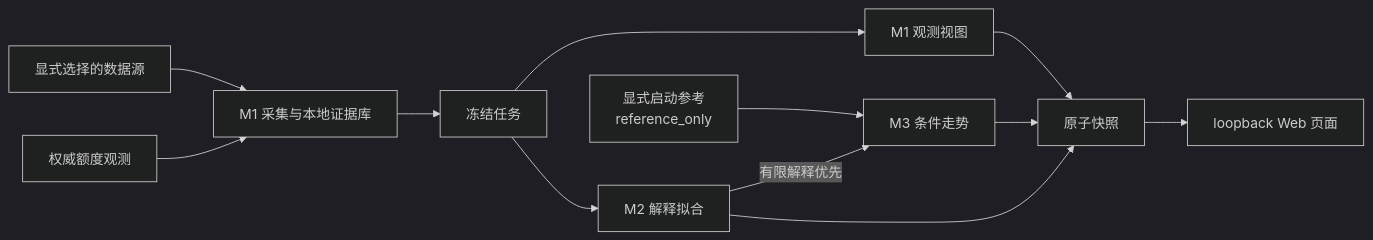
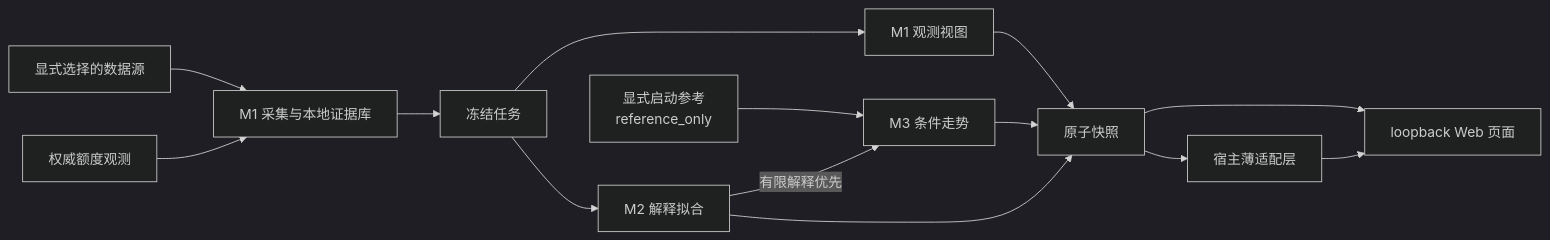
Before and after one commit to zaidezh/codex-quota-dashboard: the diagram in README.md, drawn with Mermaid (dark theme). The commit also changed other lines of this file and 25 other files, not shown here.

```diff
--- a/README.md
+++ b/README.md
@@ -33,14 +33,16 @@
 ~~~mermaid
 flowchart LR
   S[显式选择的数据源] --> C[M1 采集与本地证据库]
   Q[权威额度观测] --> C
   C --> F[冻结任务]
   F --> M1[M1 观测视图]
   F --> M2[M2 解释拟合]
   B[显式启动参考\nreference_only] --> M3
   M2 -->|有限解释优先| M3[M3 条件走势]
   M1 --> P[原子快照]
   M2 --> P
   M3 --> P
   P --> W[loopback Web 页面]
+  P --> A[宿主薄适配层]
+  A --> W
 ~~~
```
